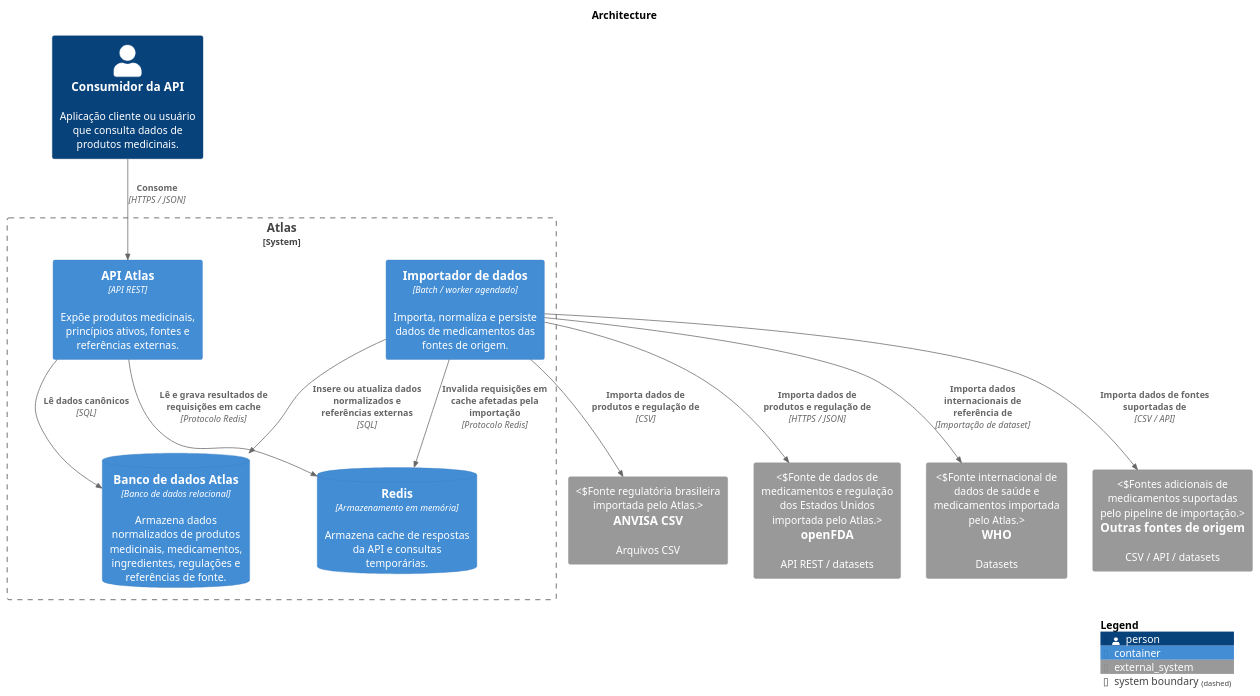
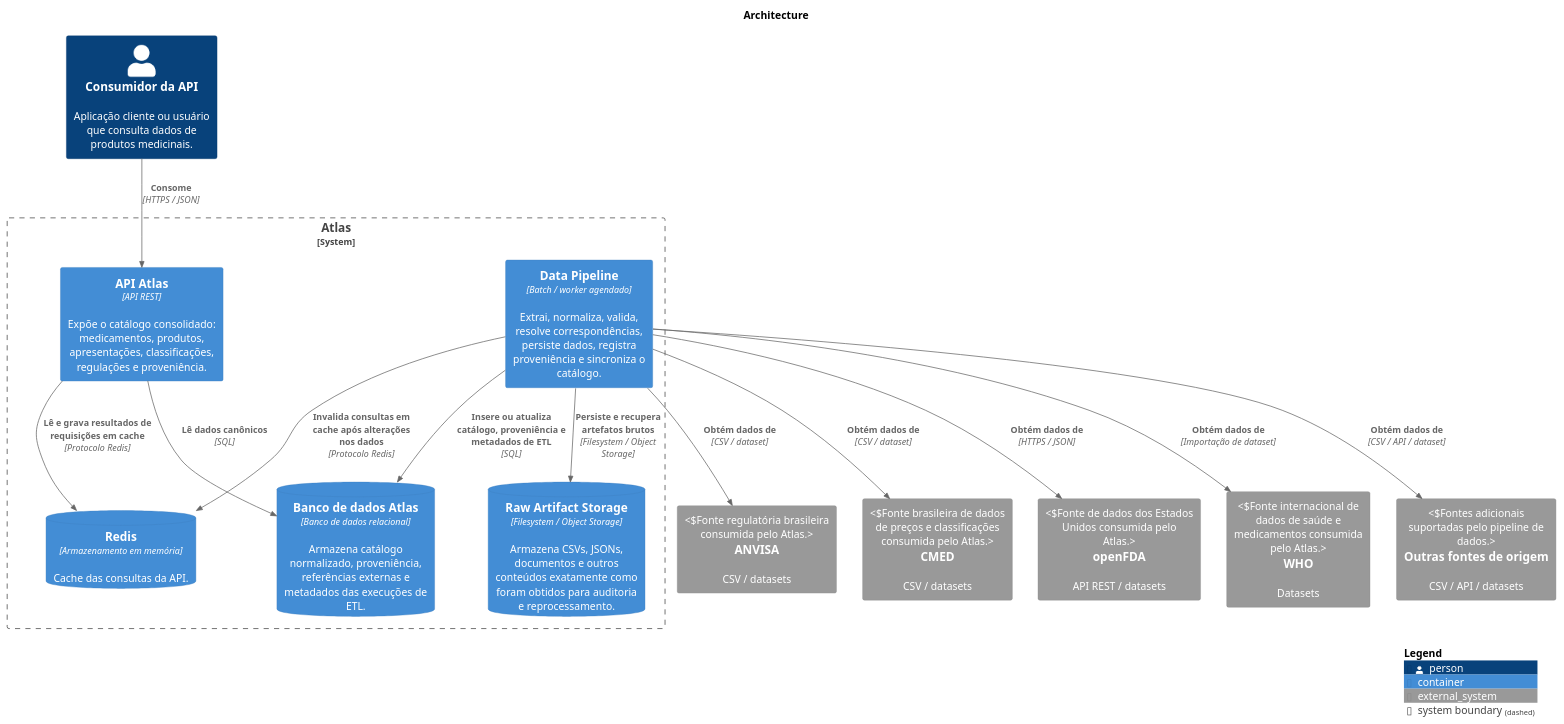
The diagram in atlas/docs/architecture.puml (gabrielramosalv/piolla), drawn with PlantUML before and after one commit. The commit also changed 1 other file, not shown here.

Commit message:
defining the Atlas application concept and updating the architecture

```diff
--- a/atlas/docs/architecture.puml
+++ b/atlas/docs/architecture.puml
@@ -1,35 +1,39 @@
 @startuml atlas-container-c4
 
 !includeurl https://raw.githubusercontent.com/plantuml-stdlib/C4-PlantUML/master/C4_Container.puml
 
 title Architecture
 
 Person(consumer, "Consumidor da API", "Aplicação cliente ou usuário que consulta dados de produtos medicinais.")
 
-System_Ext(anvisaCsv, "ANVISA CSV", "Arquivos CSV", "Fonte regulatória brasileira importada pelo Atlas.")
-System_Ext(openFda, "openFDA", "API REST / datasets", "Fonte de dados de medicamentos e regulação dos Estados Unidos importada pelo Atlas.")
-System_Ext(who, "WHO", "Datasets", "Fonte internacional de dados de saúde e medicamentos importada pelo Atlas.")
-System_Ext(otherSources, "Outras fontes de origem", "CSV / API / datasets", "Fontes adicionais de medicamentos suportadas pelo pipeline de importação.")
+System_Ext(anvisa, "ANVISA", "CSV / datasets", "Fonte regulatória brasileira consumida pelo Atlas.")
+System_Ext(cmed, "CMED", "CSV / datasets", "Fonte brasileira de dados de preços e classificações consumida pelo Atlas.")
+System_Ext(openFda, "openFDA", "API REST / datasets", "Fonte de dados dos Estados Unidos consumida pelo Atlas.")
+System_Ext(who, "WHO", "Datasets", "Fonte internacional de dados de saúde e medicamentos consumida pelo Atlas.")
+System_Ext(otherSources, "Outras fontes de origem", "CSV / API / datasets", "Fontes adicionais suportadas pelo pipeline de dados.")
 
 System_Boundary(atlasSystem, "Atlas") {
-    Container(atlasApi, "API Atlas", "API REST", "Expõe produtos medicinais, princípios ativos, fontes e referências externas.")
-    Container(importer, "Importador de dados", "Batch / worker agendado", "Importa, normaliza e persiste dados de medicamentos das fontes de origem.")
-    ContainerDb(database, "Banco de dados Atlas", "Banco de dados relacional", "Armazena dados normalizados de produtos medicinais, medicamentos, ingredientes, regulações e referências de fonte.")
-    ContainerDb(redis, "Redis", "Armazenamento em memória", "Armazena cache de respostas da API e consultas temporárias.")
+    Container(atlasApi, "API Atlas", "API REST", "Expõe o catálogo consolidado: medicamentos, produtos, apresentações, classificações, regulações e proveniência.")
+    Container(dataPipeline, "Data Pipeline", "Batch / worker agendado", "Extrai, normaliza, valida, resolve correspondências, persiste dados, registra proveniência e sincroniza o catálogo.")
+    ContainerDb(database, "Banco de dados Atlas", "Banco de dados relacional", "Armazena catálogo normalizado, proveniência, referências externas e metadados das execuções de ETL.")
+    ContainerDb(rawArtifactStorage, "Raw Artifact Storage", "Filesystem / Object Storage", "Armazena CSVs, JSONs, documentos e outros conteúdos exatamente como foram obtidos para auditoria e reprocessamento.")
+    ContainerDb(redis, "Redis", "Armazenamento em memória", "Cache das consultas da API.")
 }
 
 Rel(consumer, atlasApi, "Consome", "HTTPS / JSON")
 
 Rel(atlasApi, redis, "Lê e grava resultados de requisições em cache", "Protocolo Redis")
 Rel(atlasApi, database, "Lê dados canônicos", "SQL")
 
-Rel(importer, anvisaCsv, "Importa dados de produtos e regulação de", "CSV")
-Rel(importer, openFda, "Importa dados de produtos e regulação de", "HTTPS / JSON")
-Rel(importer, who, "Importa dados internacionais de referência de", "Importação de dataset")
-Rel(importer, otherSources, "Importa dados de fontes suportadas de", "CSV / API")
-Rel(importer, database, "Insere ou atualiza dados normalizados e referências externas", "SQL")
-Rel(importer, redis, "Invalida requisições em cache afetadas pela importação", "Protocolo Redis")
+Rel(dataPipeline, anvisa, "Obtém dados de", "CSV / dataset")
+Rel(dataPipeline, cmed, "Obtém dados de", "CSV / dataset")
+Rel(dataPipeline, openFda, "Obtém dados de", "HTTPS / JSON")
+Rel(dataPipeline, who, "Obtém dados de", "Importação de dataset")
+Rel(dataPipeline, otherSources, "Obtém dados de", "CSV / API / dataset")
+Rel(dataPipeline, rawArtifactStorage, "Persiste e recupera artefatos brutos", "Filesystem / Object Storage")
+Rel(dataPipeline, database, "Insere ou atualiza catálogo, proveniência e metadados de ETL", "SQL")
+Rel(dataPipeline, redis, "Invalida consultas em cache após alterações nos dados", "Protocolo Redis")
 
 SHOW_LEGEND()
 
 @enduml
```
